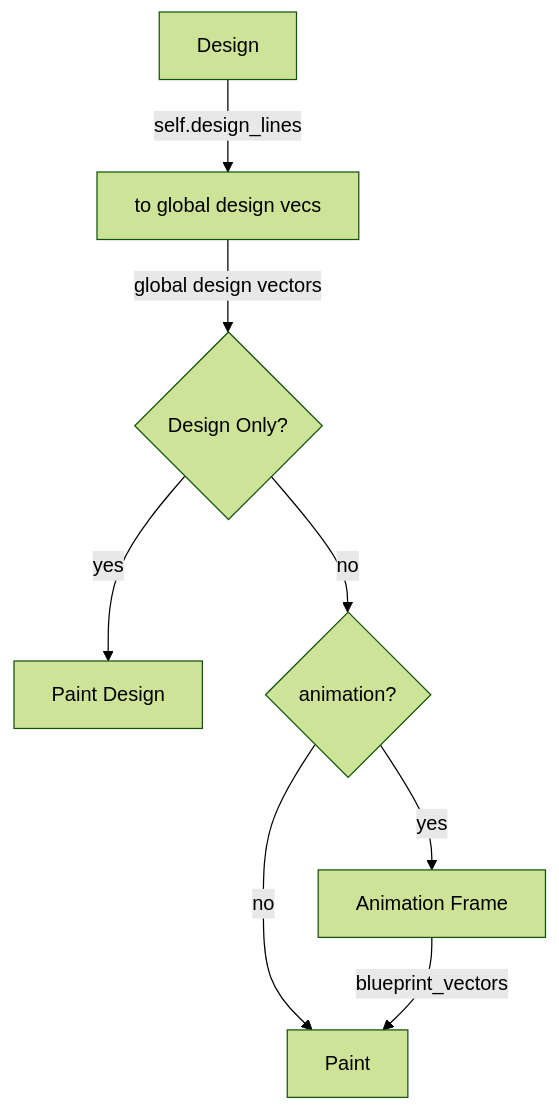
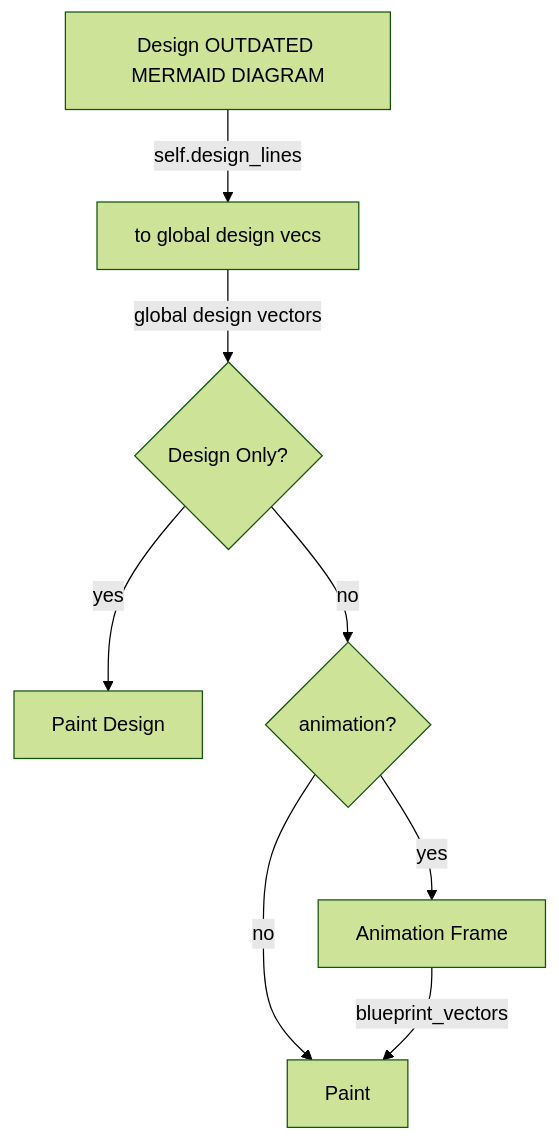
The diagram in PROJECT-MAARTEN.md (mjvandermeulen/egui-fractals), drawn with Mermaid (forest theme) before and after one commit. The commit also changed other lines of this file and 1 other file, not shown here.

````diff
--- a/PROJECT-MAARTEN.md
+++ b/PROJECT-MAARTEN.md
@@ -62,10 +62,10 @@
 ```mermaid
 graph TD
-    Design[Design] -->|self.design_lines| ToGlobalVecs[to global design vecs]
+    Design[Design OUTDATED MERMAID DIAGRAM] -->|self.design_lines| ToGlobalVecs[to global design vecs]
     ToGlobalVecs -->|global design vectors| DO{Design Only?}
     DO --> |yes| PaintDesign[Paint Design]
     DO --> |no| AniChoice{animation?}
     AniChoice --> |yes|AF
     AniChoice --> |no|Paint[Paint]
     AF[Animation Frame] --> |blueprint_vectors|Paint[Paint]
 ```
````
